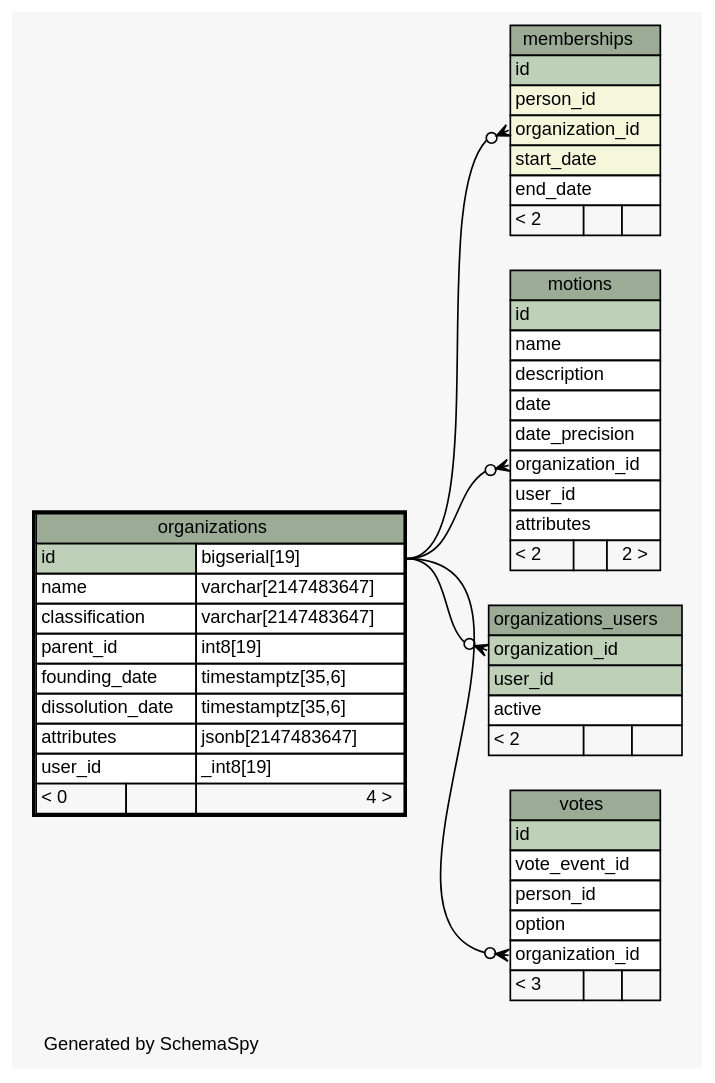
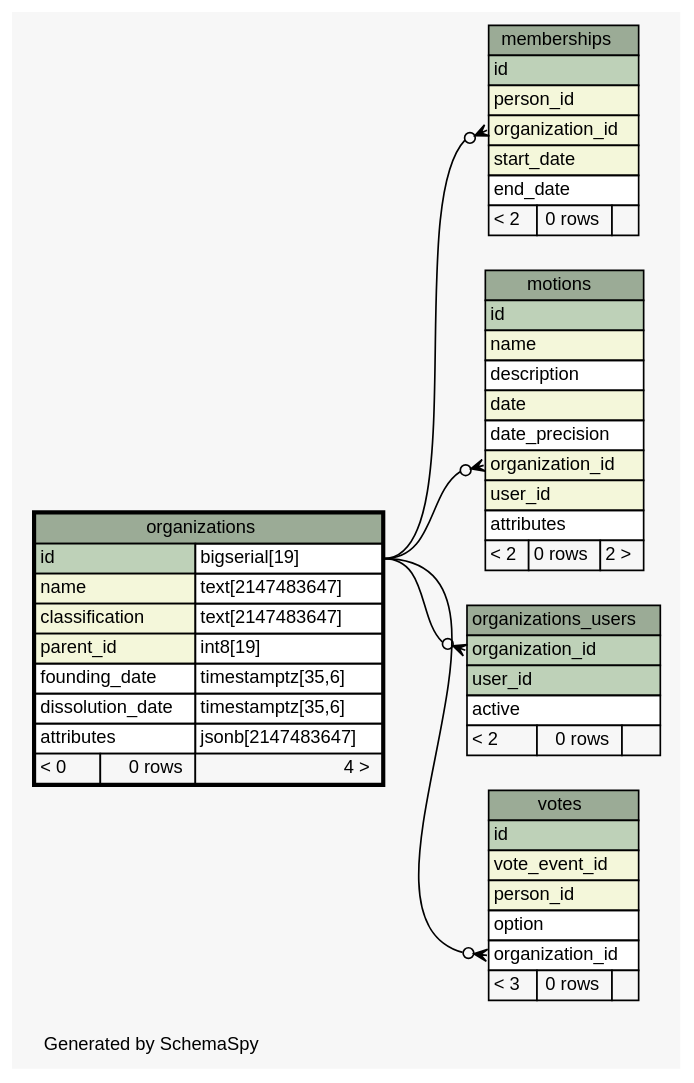
Before and after one commit to michalskop/hlasovali.cz: the diagram in api/schema/diagrams/organizations.1degree.dot, drawn with Graphviz. The commit also changed 249 other files, not shown here.

```diff
--- a/api/schema/diagrams/organizations.1degree.dot
+++ b/api/schema/diagrams/organizations.1degree.dot
@@ -1,100 +1,99 @@
-// dot 2.36.0 on Linux 3.13.0-85-generic
+// dot 2.36.0 on Linux 3.13.0-91-generic
 // SchemaSpy rev 590
 digraph "oneDegreeRelationshipsDiagram" {
   graph [
     rankdir="RL"
     bgcolor="#f7f7f7"
     label="\nGenerated by SchemaSpy"
     labeljust="l"
     nodesep="0.18"
     ranksep="0.46"
     fontname="Helvetica"
     fontsize="11"
   ];
   node [
     fontname="Helvetica"
     fontsize="11"
     shape="plaintext"
   ];
   edge [
     arrowsize="0.8"
   ];
   "memberships":"organization_id":w -> "organizations":"id.type":e [arrowhead=none dir=back arrowtail=crowodot];
   "motions":"organization_id":w -> "organizations":"id.type":e [arrowhead=none dir=back arrowtail=crowodot];
   "organizations_users":"organization_id":w -> "organizations":"id.type":e [arrowhead=none dir=back arrowtail=crowodot];
   "votes":"organization_id":w -> "organizations":"id.type":e [arrowhead=none dir=back arrowtail=crowodot];
   "memberships" [
     label=<
     <TABLE BORDER="0" CELLBORDER="1" CELLSPACING="0" BGCOLOR="#ffffff">
       <TR><TD COLSPAN="3" BGCOLOR="#9bab96" ALIGN="CENTER">memberships</TD></TR>
       <TR><TD PORT="id" COLSPAN="3" BGCOLOR="#bed1b8" ALIGN="LEFT">id</TD></TR>
       <TR><TD PORT="person_id" COLSPAN="3" BGCOLOR="#f4f7da" ALIGN="LEFT">person_id</TD></TR>
       <TR><TD PORT="organization_id" COLSPAN="3" BGCOLOR="#f4f7da" ALIGN="LEFT">organization_id</TD></TR>
       <TR><TD PORT="start_date" COLSPAN="3" BGCOLOR="#f4f7da" ALIGN="LEFT">start_date</TD></TR>
       <TR><TD PORT="end_date" COLSPAN="3" ALIGN="LEFT">end_date</TD></TR>
-      <TR><TD ALIGN="LEFT" BGCOLOR="#f7f7f7">&lt; 2</TD><TD ALIGN="RIGHT" BGCOLOR="#f7f7f7">  </TD><TD ALIGN="RIGHT" BGCOLOR="#f7f7f7">  </TD></TR>
+      <TR><TD ALIGN="LEFT" BGCOLOR="#f7f7f7">&lt; 2</TD><TD ALIGN="RIGHT" BGCOLOR="#f7f7f7">0 rows</TD><TD ALIGN="RIGHT" BGCOLOR="#f7f7f7">  </TD></TR>
     </TABLE>>
     URL="memberships.html"
     tooltip="memberships"
   ];
   "motions" [
     label=<
     <TABLE BORDER="0" CELLBORDER="1" CELLSPACING="0" BGCOLOR="#ffffff">
       <TR><TD COLSPAN="3" BGCOLOR="#9bab96" ALIGN="CENTER">motions</TD></TR>
       <TR><TD PORT="id" COLSPAN="3" BGCOLOR="#bed1b8" ALIGN="LEFT">id</TD></TR>
-      <TR><TD PORT="name" COLSPAN="3" ALIGN="LEFT">name</TD></TR>
+      <TR><TD PORT="name" COLSPAN="3" BGCOLOR="#f4f7da" ALIGN="LEFT">name</TD></TR>
       <TR><TD PORT="description" COLSPAN="3" ALIGN="LEFT">description</TD></TR>
-      <TR><TD PORT="date" COLSPAN="3" ALIGN="LEFT">date</TD></TR>
+      <TR><TD PORT="date" COLSPAN="3" BGCOLOR="#f4f7da" ALIGN="LEFT">date</TD></TR>
       <TR><TD PORT="date_precision" COLSPAN="3" ALIGN="LEFT">date_precision</TD></TR>
-      <TR><TD PORT="organization_id" COLSPAN="3" ALIGN="LEFT">organization_id</TD></TR>
-      <TR><TD PORT="user_id" COLSPAN="3" ALIGN="LEFT">user_id</TD></TR>
+      <TR><TD PORT="organization_id" COLSPAN="3" BGCOLOR="#f4f7da" ALIGN="LEFT">organization_id</TD></TR>
+      <TR><TD PORT="user_id" COLSPAN="3" BGCOLOR="#f4f7da" ALIGN="LEFT">user_id</TD></TR>
       <TR><TD PORT="attributes" COLSPAN="3" ALIGN="LEFT">attributes</TD></TR>
-      <TR><TD ALIGN="LEFT" BGCOLOR="#f7f7f7">&lt; 2</TD><TD ALIGN="RIGHT" BGCOLOR="#f7f7f7">  </TD><TD ALIGN="RIGHT" BGCOLOR="#f7f7f7">2 &gt;</TD></TR>
+      <TR><TD ALIGN="LEFT" BGCOLOR="#f7f7f7">&lt; 2</TD><TD ALIGN="RIGHT" BGCOLOR="#f7f7f7">0 rows</TD><TD ALIGN="RIGHT" BGCOLOR="#f7f7f7">2 &gt;</TD></TR>
     </TABLE>>
     URL="motions.html"
     tooltip="motions"
   ];
   "organizations" [
     label=<
     <TABLE BORDER="2" CELLBORDER="1" CELLSPACING="0" BGCOLOR="#ffffff">
       <TR><TD COLSPAN="3" BGCOLOR="#9bab96" ALIGN="CENTER">organizations</TD></TR>
       <TR><TD PORT="id" COLSPAN="2" BGCOLOR="#bed1b8" ALIGN="LEFT">id</TD><TD PORT="id.type" ALIGN="LEFT">bigserial[19]</TD></TR>
-      <TR><TD PORT="name" COLSPAN="2" ALIGN="LEFT">name</TD><TD PORT="name.type" ALIGN="LEFT">varchar[2147483647]</TD></TR>
-      <TR><TD PORT="classification" COLSPAN="2" ALIGN="LEFT">classification</TD><TD PORT="classification.type" ALIGN="LEFT">varchar[2147483647]</TD></TR>
-      <TR><TD PORT="parent_id" COLSPAN="2" ALIGN="LEFT">parent_id</TD><TD PORT="parent_id.type" ALIGN="LEFT">int8[19]</TD></TR>
+      <TR><TD PORT="name" COLSPAN="2" BGCOLOR="#f4f7da" ALIGN="LEFT">name</TD><TD PORT="name.type" ALIGN="LEFT">text[2147483647]</TD></TR>
+      <TR><TD PORT="classification" COLSPAN="2" BGCOLOR="#f4f7da" ALIGN="LEFT">classification</TD><TD PORT="classification.type" ALIGN="LEFT">text[2147483647]</TD></TR>
+      <TR><TD PORT="parent_id" COLSPAN="2" BGCOLOR="#f4f7da" ALIGN="LEFT">parent_id</TD><TD PORT="parent_id.type" ALIGN="LEFT">int8[19]</TD></TR>
       <TR><TD PORT="founding_date" COLSPAN="2" ALIGN="LEFT">founding_date</TD><TD PORT="founding_date.type" ALIGN="LEFT">timestamptz[35,6]</TD></TR>
       <TR><TD PORT="dissolution_date" COLSPAN="2" ALIGN="LEFT">dissolution_date</TD><TD PORT="dissolution_date.type" ALIGN="LEFT">timestamptz[35,6]</TD></TR>
       <TR><TD PORT="attributes" COLSPAN="2" ALIGN="LEFT">attributes</TD><TD PORT="attributes.type" ALIGN="LEFT">jsonb[2147483647]</TD></TR>
-      <TR><TD PORT="user_id" COLSPAN="2" ALIGN="LEFT">user_id</TD><TD PORT="user_id.type" ALIGN="LEFT">_int8[19]</TD></TR>
-      <TR><TD ALIGN="LEFT" BGCOLOR="#f7f7f7">&lt; 0</TD><TD ALIGN="RIGHT" BGCOLOR="#f7f7f7">  </TD><TD ALIGN="RIGHT" BGCOLOR="#f7f7f7">4 &gt;</TD></TR>
+      <TR><TD ALIGN="LEFT" BGCOLOR="#f7f7f7">&lt; 0</TD><TD ALIGN="RIGHT" BGCOLOR="#f7f7f7">0 rows</TD><TD ALIGN="RIGHT" BGCOLOR="#f7f7f7">4 &gt;</TD></TR>
     </TABLE>>
     URL="organizations.html"
     tooltip="organizations"
   ];
   "organizations_users" [
     label=<
     <TABLE BORDER="0" CELLBORDER="1" CELLSPACING="0" BGCOLOR="#ffffff">
       <TR><TD COLSPAN="3" BGCOLOR="#9bab96" ALIGN="CENTER">organizations_users</TD></TR>
       <TR><TD PORT="organization_id" COLSPAN="3" BGCOLOR="#bed1b8" ALIGN="LEFT">organization_id</TD></TR>
       <TR><TD PORT="user_id" COLSPAN="3" BGCOLOR="#bed1b8" ALIGN="LEFT">user_id</TD></TR>
       <TR><TD PORT="active" COLSPAN="3" ALIGN="LEFT">active</TD></TR>
-      <TR><TD ALIGN="LEFT" BGCOLOR="#f7f7f7">&lt; 2</TD><TD ALIGN="RIGHT" BGCOLOR="#f7f7f7">  </TD><TD ALIGN="RIGHT" BGCOLOR="#f7f7f7">  </TD></TR>
+      <TR><TD ALIGN="LEFT" BGCOLOR="#f7f7f7">&lt; 2</TD><TD ALIGN="RIGHT" BGCOLOR="#f7f7f7">0 rows</TD><TD ALIGN="RIGHT" BGCOLOR="#f7f7f7">  </TD></TR>
     </TABLE>>
     URL="organizations_users.html"
     tooltip="organizations_users"
   ];
   "votes" [
     label=<
     <TABLE BORDER="0" CELLBORDER="1" CELLSPACING="0" BGCOLOR="#ffffff">
       <TR><TD COLSPAN="3" BGCOLOR="#9bab96" ALIGN="CENTER">votes</TD></TR>
       <TR><TD PORT="id" COLSPAN="3" BGCOLOR="#bed1b8" ALIGN="LEFT">id</TD></TR>
-      <TR><TD PORT="vote_event_id" COLSPAN="3" ALIGN="LEFT">vote_event_id</TD></TR>
-      <TR><TD PORT="person_id" COLSPAN="3" ALIGN="LEFT">person_id</TD></TR>
+      <TR><TD PORT="vote_event_id" COLSPAN="3" BGCOLOR="#f4f7da" ALIGN="LEFT">vote_event_id</TD></TR>
+      <TR><TD PORT="person_id" COLSPAN="3" BGCOLOR="#f4f7da" ALIGN="LEFT">person_id</TD></TR>
       <TR><TD PORT="option" COLSPAN="3" ALIGN="LEFT">option</TD></TR>
       <TR><TD PORT="organization_id" COLSPAN="3" ALIGN="LEFT">organization_id</TD></TR>
-      <TR><TD ALIGN="LEFT" BGCOLOR="#f7f7f7">&lt; 3</TD><TD ALIGN="RIGHT" BGCOLOR="#f7f7f7">  </TD><TD ALIGN="RIGHT" BGCOLOR="#f7f7f7">  </TD></TR>
+      <TR><TD ALIGN="LEFT" BGCOLOR="#f7f7f7">&lt; 3</TD><TD ALIGN="RIGHT" BGCOLOR="#f7f7f7">0 rows</TD><TD ALIGN="RIGHT" BGCOLOR="#f7f7f7">  </TD></TR>
     </TABLE>>
     URL="votes.html"
     tooltip="votes"
   ];
 }
```
